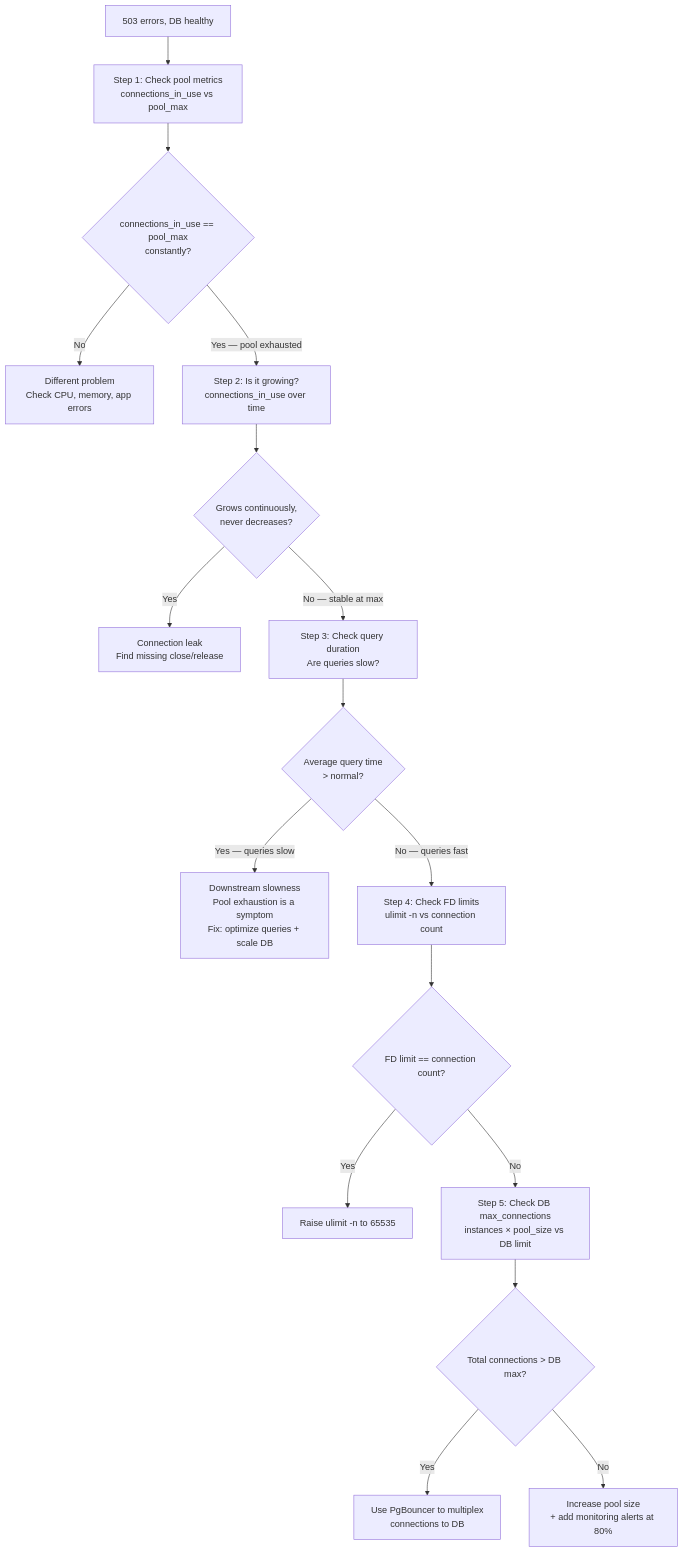
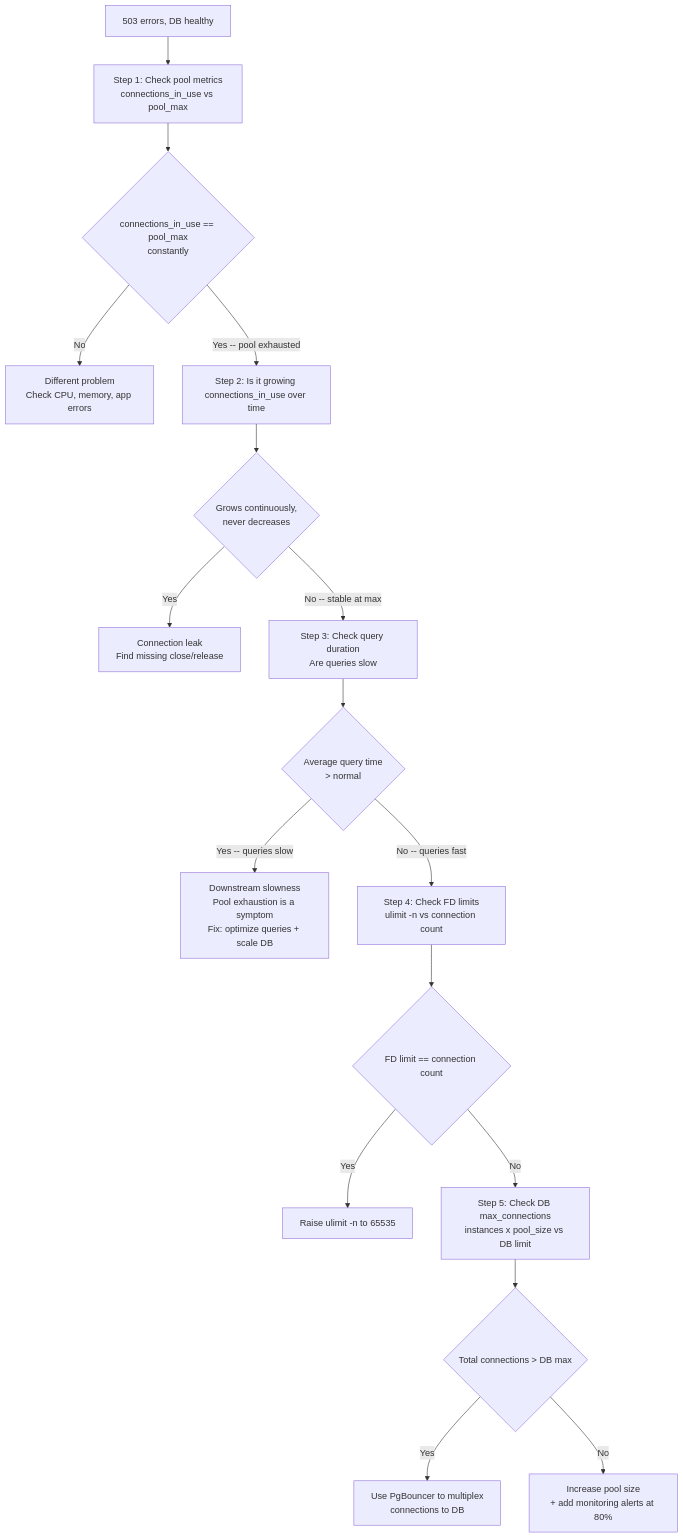
Before and after one commit to ranjeetnegi/System-Design-for-Staff-SWE: diagram 13 of 13 in Section0/Chapter_4_Networking_Foundations.md, drawn with Mermaid. The commit also changed other lines of this file and 11 other files, not shown here.

````diff
--- a/Section0/Chapter_4_Networking_Foundations.md
+++ b/Section0/Chapter_4_Networking_Foundations.md
@@ -2075,19 +2075,19 @@
 ```mermaid
 flowchart TD
     START["503 errors, DB healthy"] --> S1["Step 1: Check pool metrics<br/>connections_in_use vs pool_max"]
-    S1 --> Q1{"connections_in_use == pool_max<br/>constantly?"}
+    S1 --> Q1{"connections_in_use == pool_max<br/>constantly "}
     Q1 -->|"No"| OTHER["Different problem<br/>Check CPU, memory, app errors"]
-    Q1 -->|"Yes — pool exhausted"| S2["Step 2: Is it growing?<br/>connections_in_use over time"]
-    S2 --> Q2{"Grows continuously,<br/>never decreases?"}
+    Q1 -->|"Yes -- pool exhausted"| S2["Step 2: Is it growing <br/>connections_in_use over time"]
+    S2 --> Q2{"Grows continuously,<br/>never decreases "}
     Q2 -->|"Yes"| LEAK["Connection leak<br/>Find missing close/release"]
-    Q2 -->|"No — stable at max"| S3["Step 3: Check query duration<br/>Are queries slow?"]
-    S3 --> Q3{"Average query time<br/>> normal?"}
-    Q3 -->|"Yes — queries slow"| SLOW["Downstream slowness<br/>Pool exhaustion is a symptom<br/>Fix: optimize queries + scale DB"]
-    Q3 -->|"No — queries fast"| S4["Step 4: Check FD limits<br/>ulimit -n vs connection count"]
-    S4 --> Q4{"FD limit == connection count?"}
+    Q2 -->|"No -- stable at max"| S3["Step 3: Check query duration<br/>Are queries slow "]
+    S3 --> Q3{"Average query time<br/>> normal "}
+    Q3 -->|"Yes -- queries slow"| SLOW["Downstream slowness<br/>Pool exhaustion is a symptom<br/>Fix: optimize queries + scale DB"]
+    Q3 -->|"No -- queries fast"| S4["Step 4: Check FD limits<br/>ulimit -n vs connection count"]
+    S4 --> Q4{"FD limit == connection count "}
     Q4 -->|"Yes"| FD["Raise ulimit -n to 65535"]
-    Q4 -->|"No"| S5["Step 5: Check DB max_connections<br/>instances × pool_size vs DB limit"]
-    S5 --> Q5{"Total connections > DB max?"}
+    Q4 -->|"No"| S5["Step 5: Check DB max_connections<br/>instances x pool_size vs DB limit"]
+    S5 --> Q5{"Total connections > DB max "}
     Q5 -->|"Yes"| PGBOUNCER["Use PgBouncer to multiplex<br/>connections to DB"]
     Q5 -->|"No"| ALERT["Increase pool size<br/>+ add monitoring alerts at 80%"]
 ```
````
